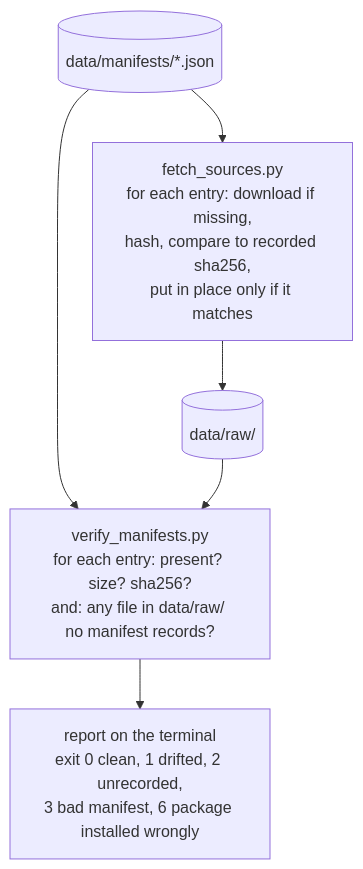
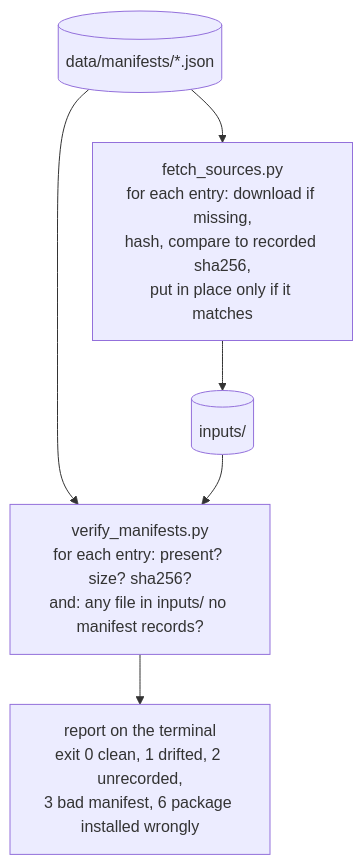
The second of 4 diagrams in docs/workflow_map.md (delos001/study-definition-graph), drawn with Mermaid before and after one commit. The commit also changed other lines of this file and 42 other files, not shown here.

First line of the commit message:
git add -A git commit -m 'Everything pinned lives under inputs/; data/ holds only pipeline output

````diff
--- a/docs/workflow_map.md
+++ b/docs/workflow_map.md
@@ -34,14 +34,14 @@
 ```mermaid
 flowchart TD
     manifests[("data/manifests/*.json")]
     fetch["fetch_sources.py<br/>for each entry: download if missing,<br/>hash, compare to recorded sha256,<br/>put in place only if it matches"]
-    raw[("data/raw/")]
-    verify["verify_manifests.py<br/>for each entry: present? size? sha256?<br/>and: any file in data/raw/ no manifest records?"]
+    raw[("inputs/")]
+    verify["verify_manifests.py<br/>for each entry: present? size? sha256?<br/>and: any file in inputs/ no manifest records?"]
     report["report on the terminal<br/>exit 0 clean, 1 drifted, 2 unrecorded,<br/>3 bad manifest, 6 package installed wrongly"]
 
     manifests --> fetch
     fetch --> raw
     manifests --> verify
     raw --> verify
     verify --> report
 ```
````
